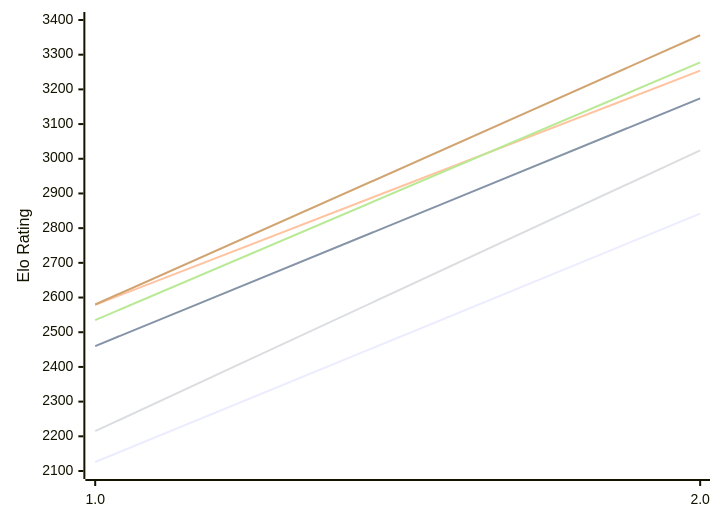
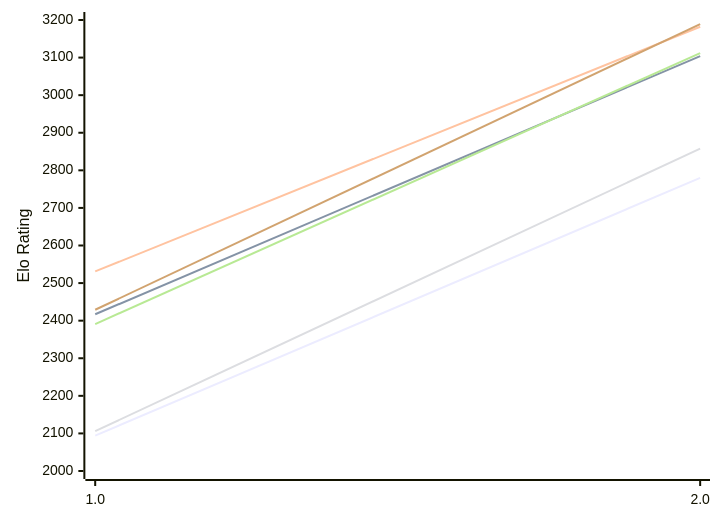
Before and after one commit to computer-chess-index/cci: the diagram in engines/Scarlet.md, drawn with Mermaid. The commit also changed other lines of this file, not shown here.

Commit message:
Update CCI Ratings (ELO VLTC) - 2026-11-13

````diff
--- a/engines/Scarlet.md
+++ b/engines/Scarlet.md
@@ -49,12 +49,12 @@
 ```mermaid
 %%{init: {"theme":"base","themeVariables":{"seriesColors:['#a3a3a3','#222221','#faa371']}}}%%
 xychart-beta
   x-axis ["1.0", "2.0"]
-  y-axis "Elo Rating" 2100 --> 3400
-  line "E1: STC (8.0+0.08s)" [2126, 2842]
-  line "E1: LTC (60.0+0.60s)" [2460, 3174]
-  line "E1: VLTC (2m24s+1.12s)" [2579, 3254]
-  line "P1: STC (8.0+0.08s)" [2215, 3024]
-  line "P1: LTC (60.0+0.60s)" [2535, 3278]
-  line "P1: VLTC (2m24s+1.12s)" [2580, 3356]
+  y-axis "Elo Rating" 2000 --> 3200
+  line "E1: STC (8.0+0.08s)" [2094, 2780]
+  line "E1: LTC (60.0+0.60s)" [2417, 3104]
+  line "E1: VLTC (2m24s+1.12s)" [2531, 3182]
+  line "P1: STC (8.0+0.08s)" [2106, 2858]
+  line "P1: LTC (60.0+0.60s)" [2391, 3112]
+  line "P1: VLTC (2m24s+1.12s)" [2429, 3189]
 ```
````
